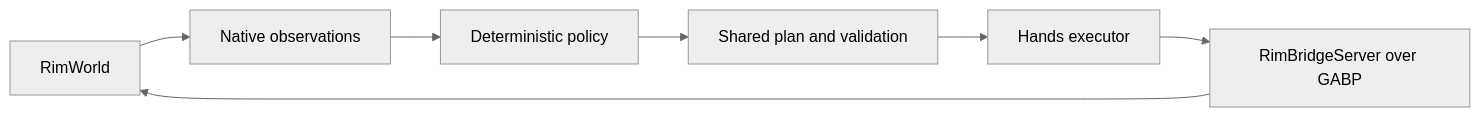
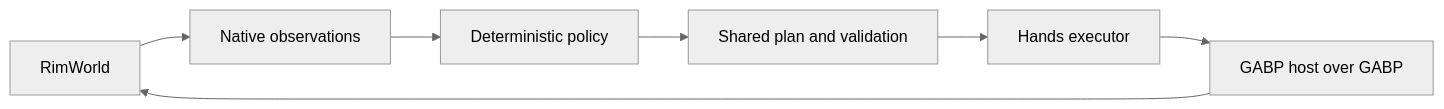
One commit to davidarcher/rimgovernor changed the diagram in docs/developers/architecture/overview.md. Above: the diagram before and after it, drawn with Mermaid (neutral theme). The commit also changed other lines of this file and 313 other files, not shown here.

````diff
--- a/docs/developers/architecture/overview.md
+++ b/docs/developers/architecture/overview.md
@@ -7,9 +7,9 @@
 ```mermaid
 flowchart LR
     Game[RimWorld] --> Facts[Native observations]
     Facts --> Policy[Deterministic policy]
     Policy --> Plan[Shared plan and validation]
     Plan --> Hands[Hands executor]
-    Hands --> Bridge[RimBridgeServer over GABP]
+    Hands --> Bridge[GABP host over GABP]
     Bridge --> Game
 ```
````
